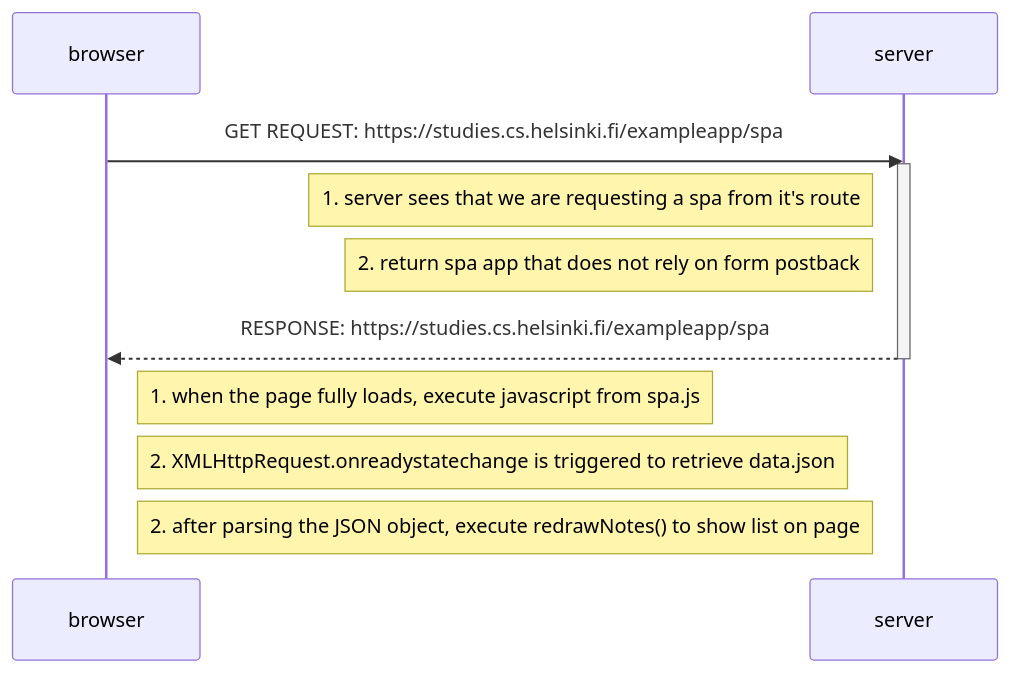
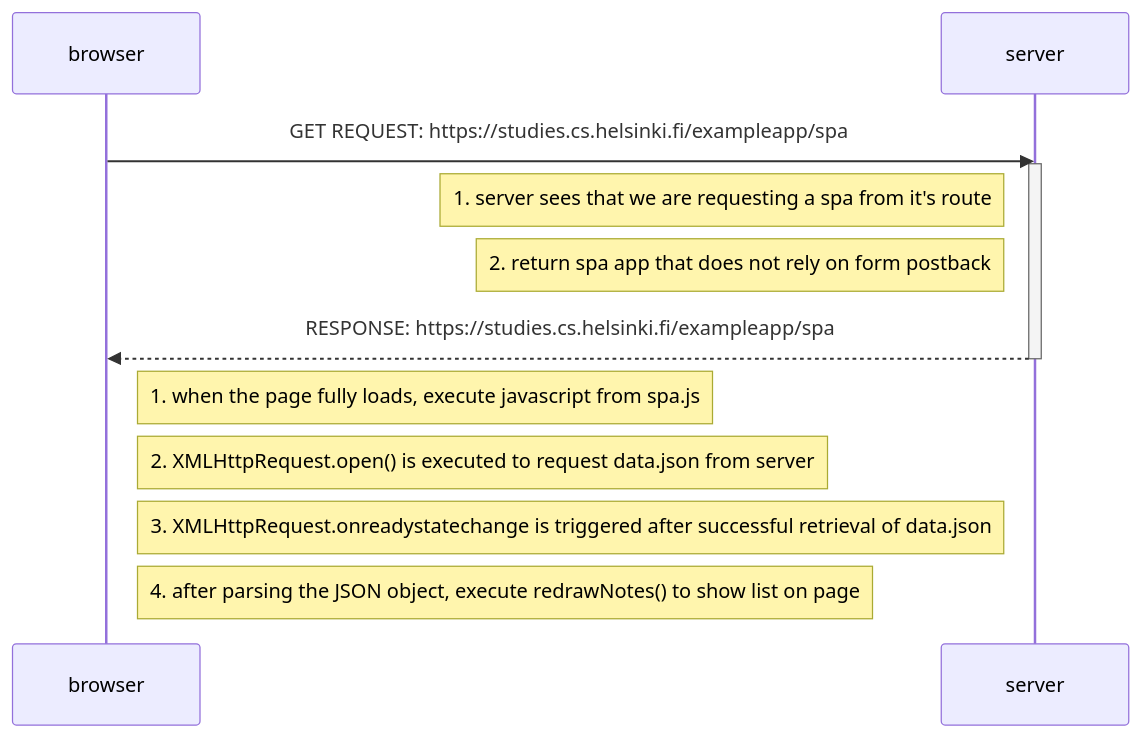
The diagram in part0/0.5 - Single page app diagram.md (rrxron/fullstackopen), drawn with Mermaid before and after one commit.

Commit message:
part0, 0.5: Single page app diagram (update 1)

````diff
--- a/part0/0.5 - Single page app diagram.md
+++ b/part0/0.5 - Single page app diagram.md
@@ -1,25 +1,27 @@
 ```mermaid
 sequenceDiagram
   participant browser
   participant server
 
   browser->>server: GET REQUEST: https://studies.cs.helsinki.fi/exampleapp/spa
 
   activate server
 
   Note left of server: 1. server sees that we are requesting a spa from it's route
 
   Note left of server: 2. return spa app that does not rely on form postback
 
   server-->>browser: RESPONSE: https://studies.cs.helsinki.fi/exampleapp/spa
 
   deactivate server
 
   Note right of browser: 1. when the page fully loads, execute javascript from spa.js
 
-  Note right of browser: 2. XMLHttpRequest.onreadystatechange is triggered to retrieve data.json
+  Note right of browser: 2. XMLHttpRequest.open() is executed to request data.json from server
 
-  Note right of browser: 2. after parsing the JSON object, execute redrawNotes() to show list on page
+  Note right of browser: 3. XMLHttpRequest.onreadystatechange is triggered after successful retrieval of data.json
+
+  Note right of browser: 4. after parsing the JSON object, execute redrawNotes() to show list on page
 
 
 ```
````
